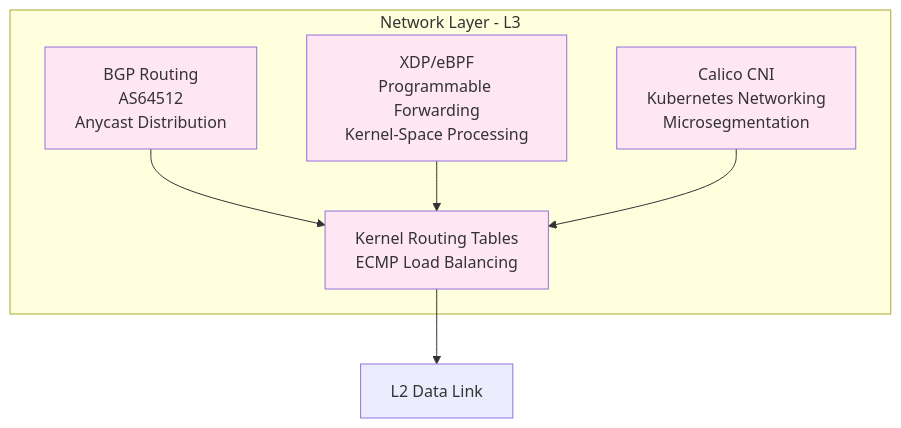
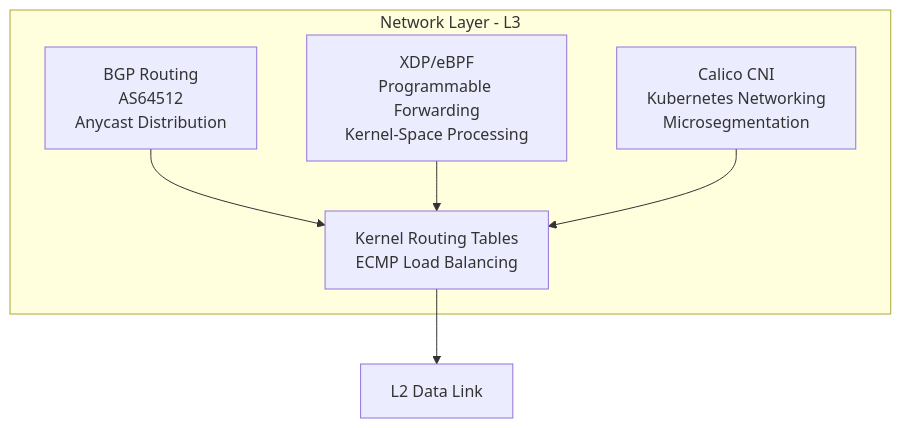
One commit to twogc/cloudbridge-docs changed the fourth of 10 diagrams in ARCHITECTURE/NETWORK_LAYERS_OSI_MODEL.md. Above: the diagram before and after it, drawn with Mermaid. The commit also changed other lines of this file and 1 other file, not shown here.

````diff
--- a/ARCHITECTURE/NETWORK_LAYERS_OSI_MODEL.md
+++ b/ARCHITECTURE/NETWORK_LAYERS_OSI_MODEL.md
@@ -152,19 +152,15 @@
 ```mermaid
 graph TB
     subgraph "Network Layer - L3"
         BGP["BGP Routing<br/>AS64512<br/>Anycast Distribution"]
         XDP["XDP/eBPF<br/>Programmable Forwarding<br/>Kernel-Space Processing"]
         CALICO["Calico CNI<br/>Kubernetes Networking<br/>Microsegmentation"]
         ROUTING["Kernel Routing Tables<br/>ECMP Load Balancing"]
     end
     
     BGP --> ROUTING
     XDP --> ROUTING
     CALICO --> ROUTING
     ROUTING --> L2["L2 Data Link"]
-    
-    style BGP fill:#ffe6f3
-    style XDP fill:#ffe6f3
-    style CALICO fill:#ffe6f3
-    style ROUTING fill:#ffe6f3
+
 ```
````
